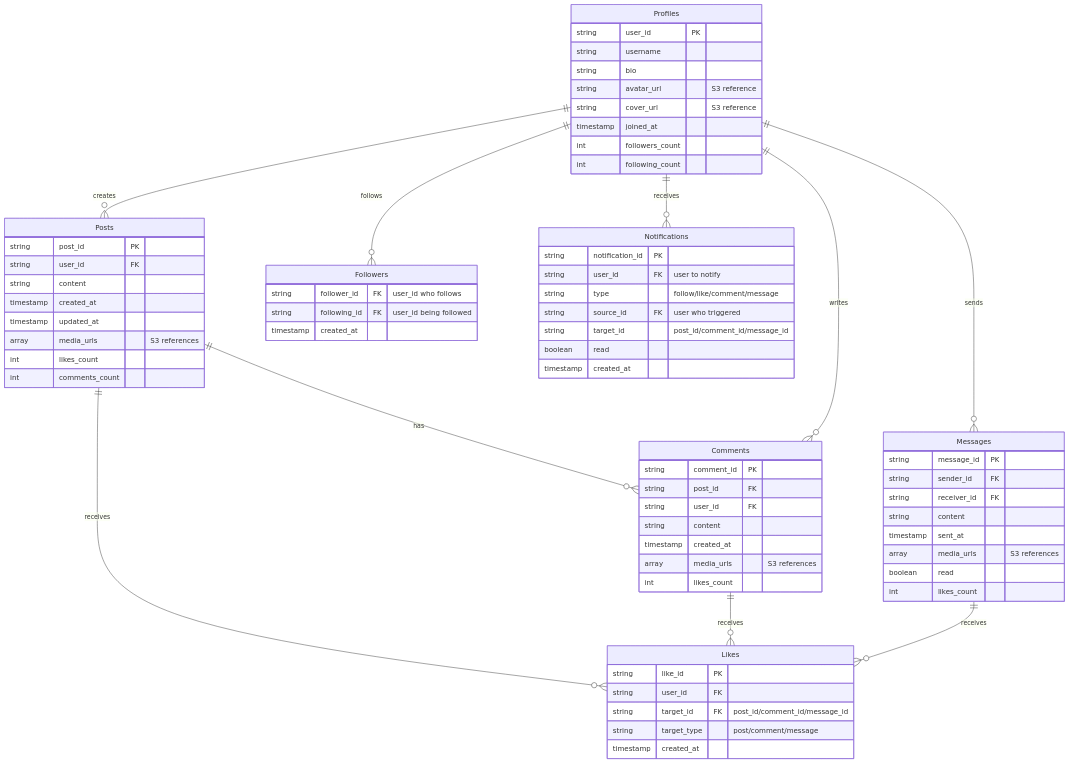
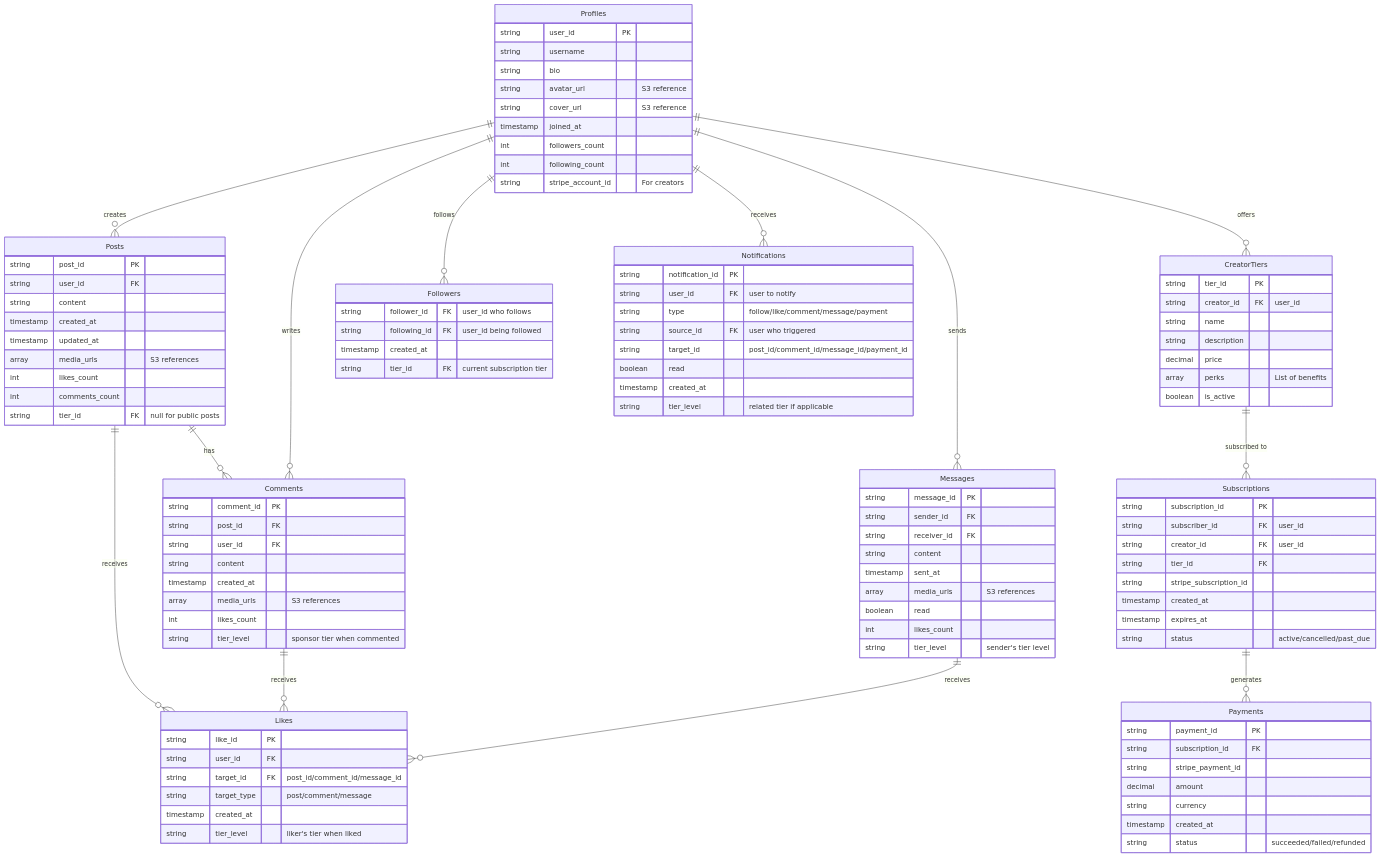
The diagram in docs/diagrams/database_schema.md (lmcrean/odyssey-v2), drawn with Mermaid before and after one commit.

Commit message:
docs(diagrams): Update database schema diagram to include creator tiers and subscription details
- Added new entities for CreatorTiers and Subscriptions to the database schema, detailing their attributes and relationships.
- Enhanced existing entities with additional fields, such as tier_id in Posts and tier_level in Comments, Messages, Likes, and Notifications.
- Updated relationships to reflect the connections between Profiles, CreatorTiers, Subscriptions, and Payments.

This update improves the clarity and comprehensiveness of the database schema, supporting better understanding of the data model and its interactions.

````diff
--- a/docs/diagrams/database_schema.md
+++ b/docs/diagrams/database_schema.md
@@ -10,6 +10,7 @@
         array media_urls "S3 references"
         int likes_count
         int comments_count
+        string tier_id FK "null for public posts"
     }
 
     Comments {
@@ -20,6 +21,7 @@
         timestamp created_at
         array media_urls "S3 references"
         int likes_count
+        string tier_level "sponsor tier when commented"
     }
 
     Messages {
@@ -31,6 +33,7 @@
         array media_urls "S3 references"
         boolean read
         int likes_count
+        string tier_level "sender's tier level"
     }
 
     Profiles {
@@ -42,6 +45,38 @@
         timestamp joined_at
         int followers_count
         int following_count
+        string stripe_account_id "For creators"
+    }
+
+    CreatorTiers {
+        string tier_id PK
+        string creator_id FK "user_id"
+        string name
+        string description
+        decimal price
+        array perks "List of benefits"
+        boolean is_active
+    }
+
+    Subscriptions {
+        string subscription_id PK
+        string subscriber_id FK "user_id"
+        string creator_id FK "user_id"
+        string tier_id FK
+        string stripe_subscription_id
+        timestamp created_at
+        timestamp expires_at
+        string status "active/cancelled/past_due"
+    }
+
+    Payments {
+        string payment_id PK
+        string subscription_id FK
+        string stripe_payment_id
+        decimal amount
+        string currency
+        timestamp created_at
+        string status "succeeded/failed/refunded"
     }
 
     Likes {
@@ -50,22 +85,25 @@
         string target_id FK "post_id/comment_id/message_id"
         string target_type "post/comment/message"
         timestamp created_at
+        string tier_level "liker's tier when liked"
     }
 
     Followers {
         string follower_id FK "user_id who follows"
         string following_id FK "user_id being followed"
         timestamp created_at
+        string tier_id FK "current subscription tier"
     }
 
     Notifications {
         string notification_id PK
         string user_id FK "user to notify"
-        string type "follow/like/comment/message"
+        string type "follow/like/comment/message/payment"
         string source_id FK "user who triggered"
-        string target_id "post_id/comment_id/message_id"
+        string target_id "post_id/comment_id/message_id/payment_id"
         boolean read
         timestamp created_at
+        string tier_level "related tier if applicable"
     }
 
     %% Relationships
@@ -78,6 +116,9 @@
     Profiles ||--o{ Messages : sends
     Profiles ||--o{ Followers : "follows"
     Profiles ||--o{ Notifications : receives
+    Profiles ||--o{ CreatorTiers : offers
+    CreatorTiers ||--o{ Subscriptions : "subscribed to"
+    Subscriptions ||--o{ Payments : generates
 
     %% Note: Posts, Comments, Messages, and Profiles contain S3 media references
 ```
````
